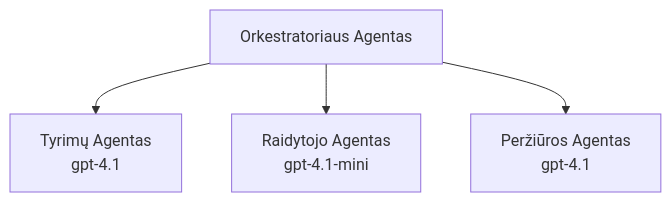
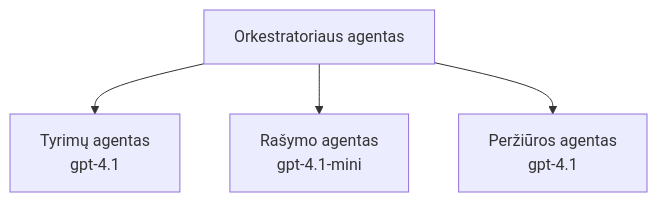
One commit to microsoft/AZD-for-beginners changed the third of 3 diagrams in translations/lt/docs/chapter-02-ai-development/agents.md. Above: the diagram before and after it, drawn with Mermaid. The commit also changed other lines of this file and 104 other files, not shown here.

````diff
--- a/translations/lt/docs/chapter-02-ai-development/agents.md
+++ b/translations/lt/docs/chapter-02-ai-development/agents.md
@@ -194,6 +201,6 @@
 ```mermaid
 graph TD
-    Orchestrator[Orkestratoriaus Agentas] --> Research[Tyrimų Agentas<br/>gpt-4.1]
-    Orchestrator --> Writer[Raidytojo Agentas<br/>gpt-4.1-mini]
-    Orchestrator --> Reviewer[Peržiūros Agentas<br/>gpt-4.1]
+    Orchestrator[Orkestratoriaus agentas] --> Research[Tyrimų agentas<br/>gpt-4.1]
+    Orchestrator --> Writer[Rašymo agentas<br/>gpt-4.1-mini]
+    Orchestrator --> Reviewer[Peržiūros agentas<br/>gpt-4.1]
 ```
````
